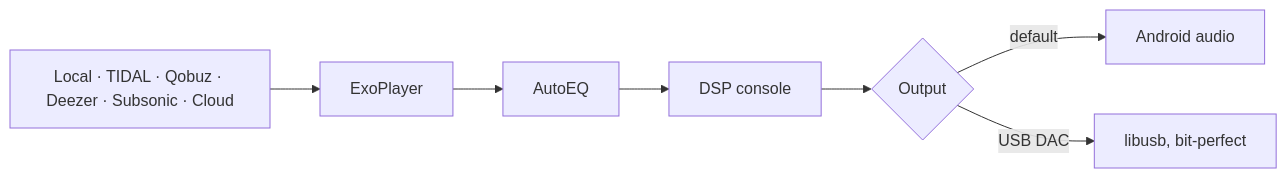
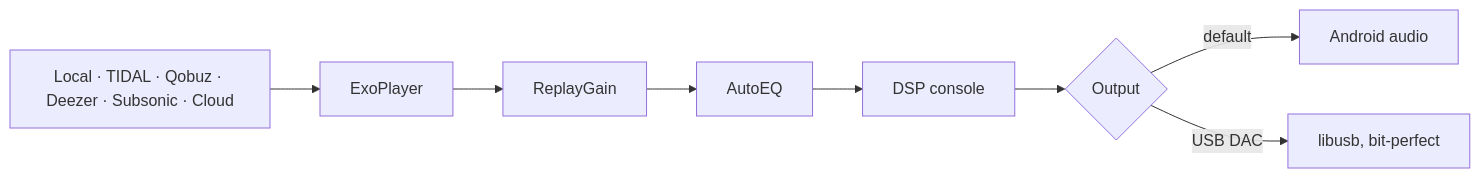
One commit to tryptz/Tryptify changed the diagram in README.md. Above: the diagram before and after it, drawn with Mermaid. The commit also changed 20 other files, not shown here.

First line of the commit message:
ReplayGain, for real this time: a gain stage in every chain, with a setting

````diff
--- a/README.md
+++ b/README.md
@@ -104,9 +104,10 @@
 ```mermaid
 flowchart LR
     S["Local · TIDAL · Qobuz · Deezer · Subsonic · Cloud"] --> X["ExoPlayer"]
-    X --> EQ["AutoEQ"]
+    X --> RG["ReplayGain"]
+    RG --> EQ["AutoEQ"]
     EQ --> M["DSP console"]
     M --> O{"Output"}
     O -->|default| A["Android audio"]
     O -->|USB DAC| U["libusb, bit-perfect"]
 ```
````
